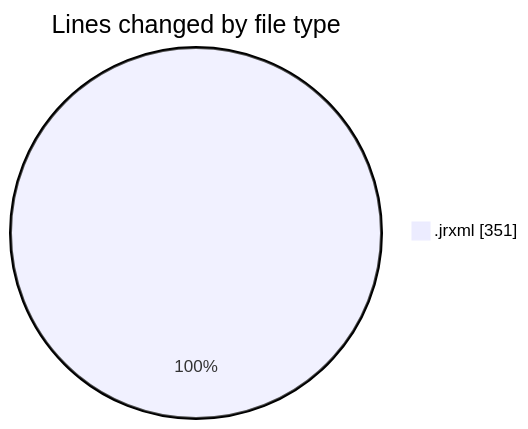
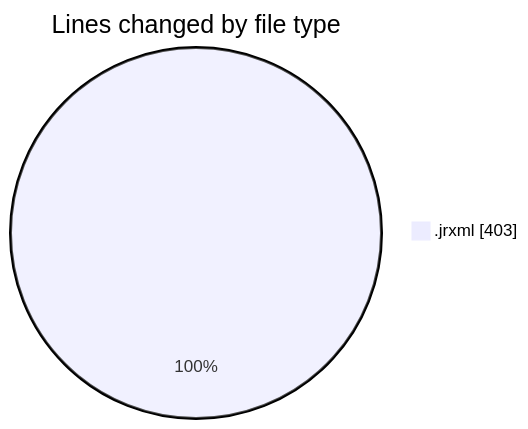
The first of 2 diagrams in 2026-09-17/cilreports__workspace_/README.md (ricardozamudiocil/code-tracking), drawn with Mermaid before and after one commit. The commit also changed other lines of this file and 1 other file, not shown here.

````diff
--- a/2026-09-17/cilreports__workspace_/README.md
+++ b/2026-09-17/cilreports__workspace_/README.md
@@ -20,5 +21,5 @@
 ```mermaid
 pie showData
 title Lines changed by file type
-".jrxml" : 351
+".jrxml" : 403
 ```
````
